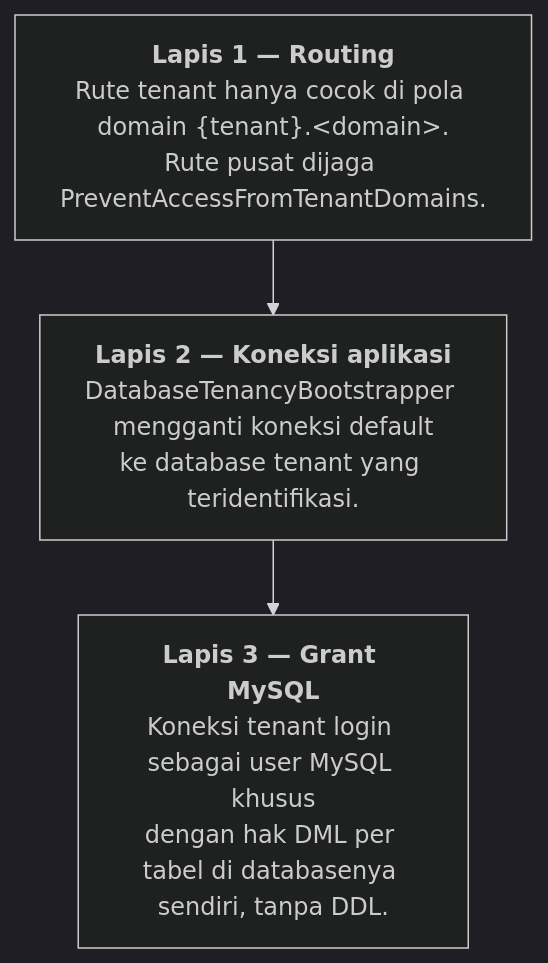
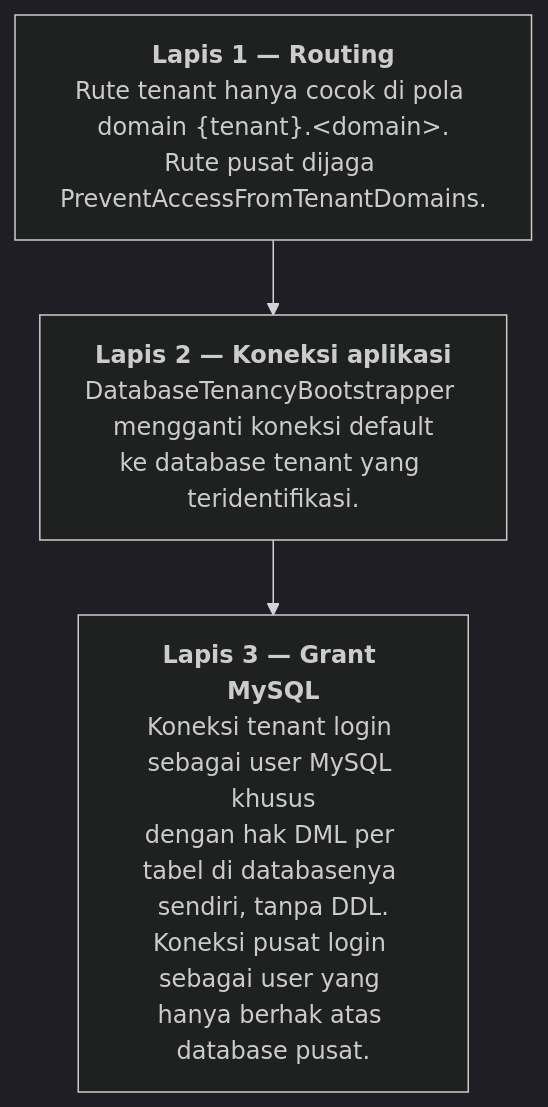
One commit to syaafiudinm/zadjo-simklinik changed the second of 14 diagrams in docs/ARCHITECTURE.md. Above: the diagram before and after it, drawn with Mermaid (dark theme). The commit also changed other lines of this file and 22 other files, not shown here.

First line of the commit message:
feat(fondasi): suite isolasi tenant sebagai gerbang CI, koneksi pusat tanpa akses klinis

````diff
--- a/docs/ARCHITECTURE.md
+++ b/docs/ARCHITECTURE.md
@@ -112,7 +112,7 @@
 ```mermaid
 flowchart TB
     L1["<b>Lapis 1 — Routing</b><br/>Rute tenant hanya cocok di pola domain {tenant}.&lt;domain&gt;.<br/>Rute pusat dijaga PreventAccessFromTenantDomains."]
     L2["<b>Lapis 2 — Koneksi aplikasi</b><br/>DatabaseTenancyBootstrapper mengganti koneksi default<br/>ke database tenant yang teridentifikasi."]
-    L3["<b>Lapis 3 — Grant MySQL</b><br/>Koneksi tenant login sebagai user MySQL khusus<br/>dengan hak DML per tabel di databasenya sendiri, tanpa DDL."]
+    L3["<b>Lapis 3 — Grant MySQL</b><br/>Koneksi tenant login sebagai user MySQL khusus<br/>dengan hak DML per tabel di databasenya sendiri, tanpa DDL.<br/>Koneksi pusat login sebagai user yang hanya berhak atas database pusat."]
     L1 --> L2 --> L3
 ```
````
